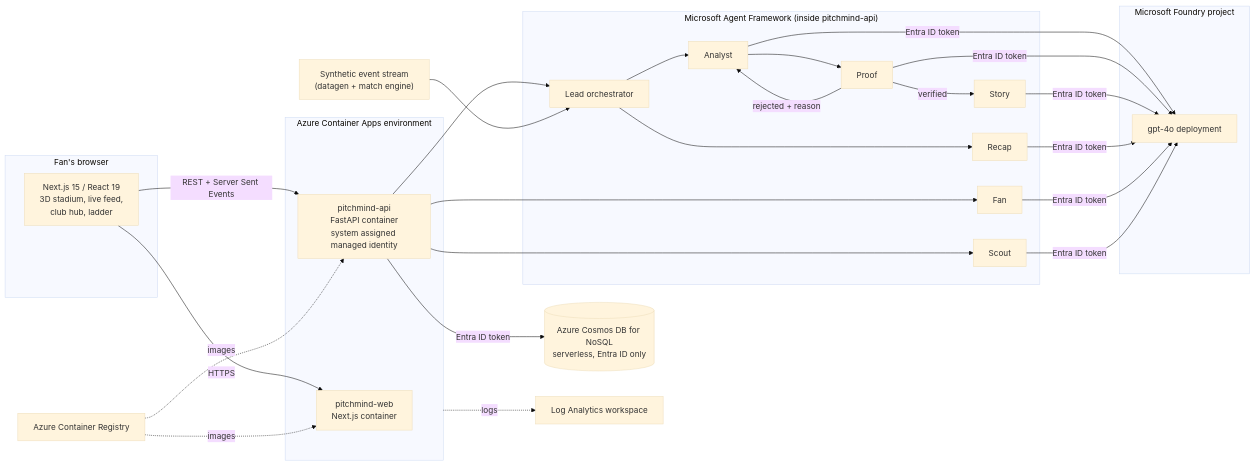
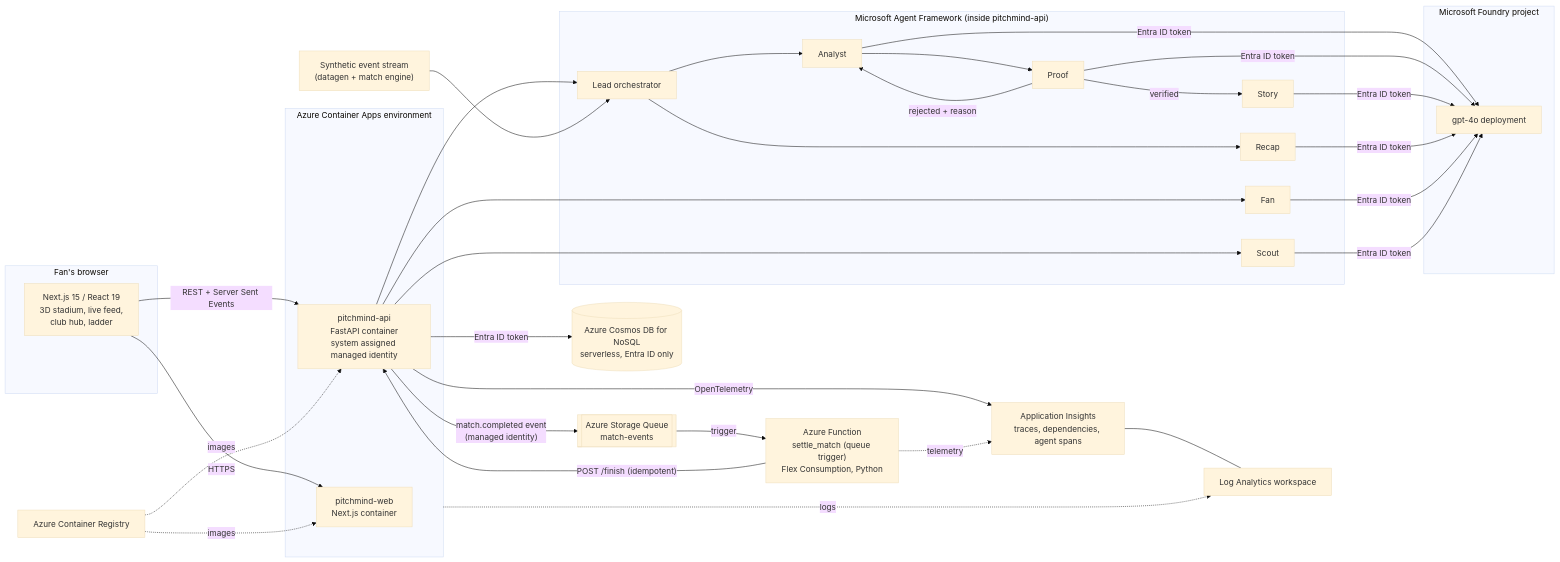
One commit to Prasannaverse13/Pitchmind changed the first of 2 diagrams in README.md. Above: the diagram before and after it, drawn with Mermaid (base theme). The commit also changed other lines of this file and 15 other files, not shown here.

Commit message:
Add Application Insights, event driven settlement and Azure Function

````diff
--- a/README.md
+++ b/README.md
@@ -56,46 +58,55 @@
 ```mermaid
 flowchart LR
     subgraph Client["Fan's browser"]
         UI["Next.js 15 / React 19<br/>3D stadium, live feed,<br/>club hub, ladder"]
     end
 
     subgraph ACA["Azure Container Apps environment"]
         WEB["pitchmind-web<br/>Next.js container"]
         API["pitchmind-api<br/>FastAPI container<br/>system assigned managed identity"]
     end
 
     subgraph AF["Microsoft Agent Framework (inside pitchmind-api)"]
         LEAD["Lead orchestrator"]
         AN["Analyst"]
         PR["Proof"]
         ST["Story"]
         RC["Recap"]
         FN["Fan"]
         SC["Scout"]
     end
 
     subgraph Foundry["Microsoft Foundry project"]
         GPT["gpt-4o deployment"]
     end
 
     COS[("Azure Cosmos DB for NoSQL<br/>serverless, Entra ID only")]
+    QUE[["Azure Storage Queue<br/>match-events"]]
+    FUNC["Azure Function<br/>settle_match (queue trigger)<br/>Flex Consumption, Python"]
+    AI["Application Insights<br/>traces, dependencies, agent spans"]
     ACR["Azure Container Registry"]
     LAW["Log Analytics workspace"]
     DATA["Synthetic event stream<br/>(datagen + match engine)"]
 
     UI -- HTTPS --> WEB
     UI -- "REST + Server Sent Events" --> API
     API --> LEAD
     DATA --> LEAD
     LEAD --> AN --> PR
     PR -- "rejected + reason" --> AN
     PR -- verified --> ST
     LEAD --> RC
     API --> FN
     API --> SC
     AN & PR & ST & RC & FN & SC -- "Entra ID token" --> GPT
     API -- "Entra ID token" --> COS
+    API -- "match.completed event<br/>(managed identity)" --> QUE
+    QUE -- trigger --> FUNC
+    FUNC -- "POST /finish (idempotent)" --> API
+    API -- OpenTelemetry --> AI
+    FUNC -. telemetry .-> AI
+    AI --- LAW
     ACR -. images .-> WEB
     ACR -. images .-> API
     ACA -. logs .-> LAW
 ```
````
